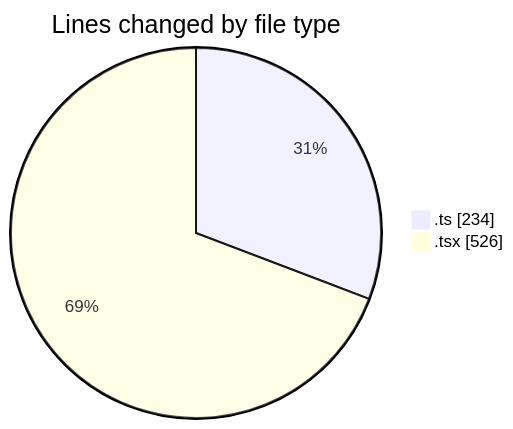
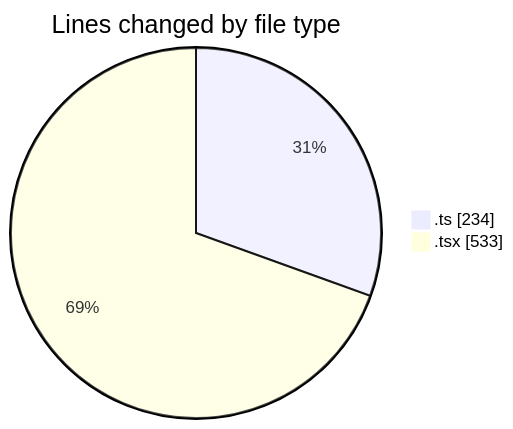
One commit to momahboobian/code-tracking changed the first of 2 diagrams in 2025-05-01/cda/README.md. Above: the diagram before and after it, drawn with Mermaid. The commit also changed other lines of this file and 1 other file, not shown here.

````diff
--- a/2025-05-01/cda/README.md
+++ b/2025-05-01/cda/README.md
@@ -24,6 +24,6 @@
 ```mermaid
 pie showData
 title Lines changed by file type
 ".ts" : 234
-".tsx" : 526
+".tsx" : 533
 ```
````
